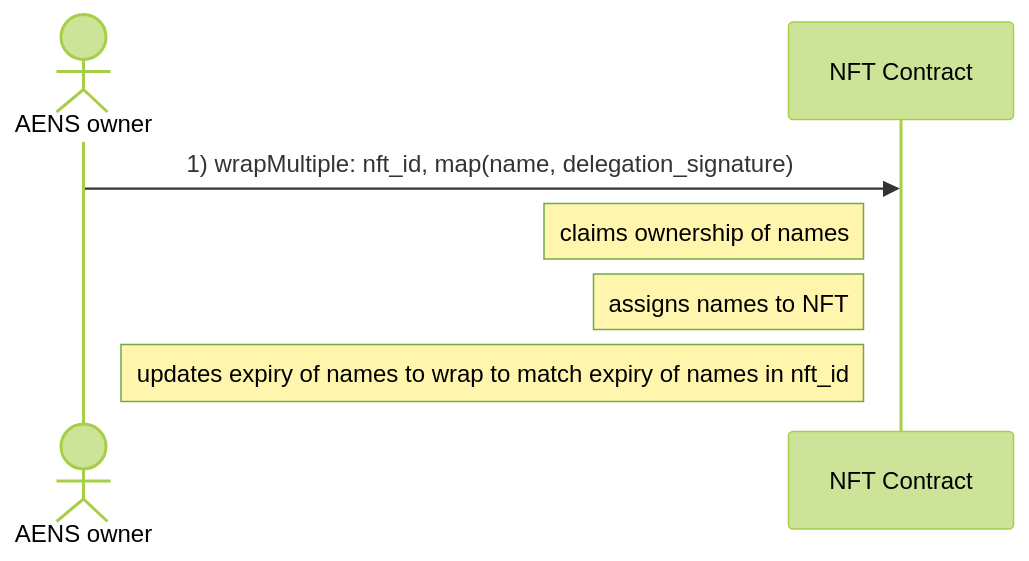
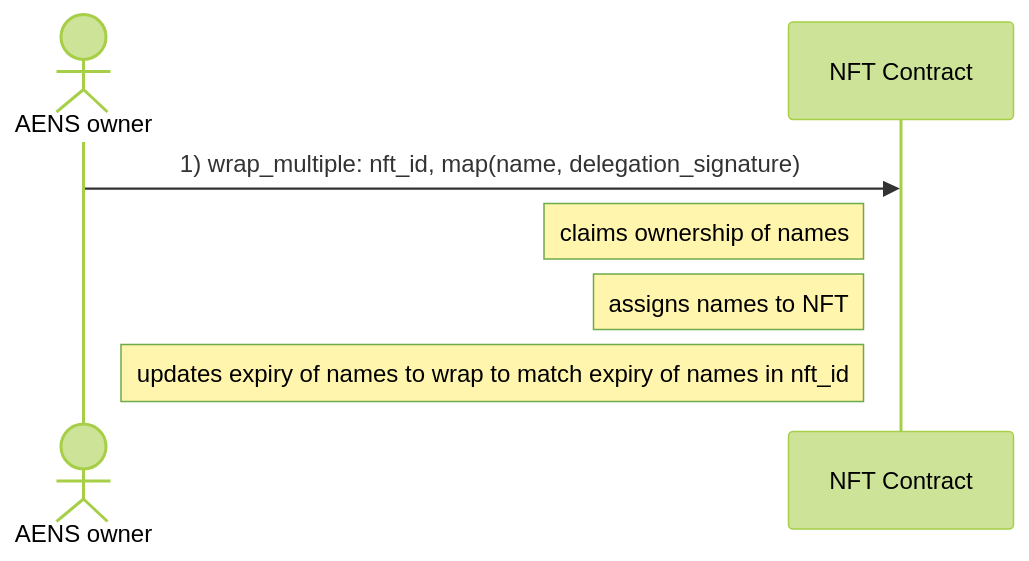
The third of 3 diagrams in docs/diagrams/wrap_aens_names.md (marc0olo/aens-nfts), drawn with Mermaid (forest theme) before and after one commit. The commit also changed other lines of this file and 17 other files, not shown here.

````diff
--- a/docs/diagrams/wrap_aens_names.md
+++ b/docs/diagrams/wrap_aens_names.md
@@ -31,8 +31,8 @@
 ```mermaid
 sequenceDiagram
     actor AENS owner
-    AENS owner ->> NFT Contract: 1) wrapMultiple: nft_id, map(name, delegation_signature)
+    AENS owner ->> NFT Contract: 1) wrap_multiple: nft_id, map(name, delegation_signature)
     Note left of NFT Contract: claims ownership of names
     Note left of NFT Contract: assigns names to NFT
     Note left of NFT Contract: updates expiry of names to wrap to match expiry of names in nft_id
 ```
````
